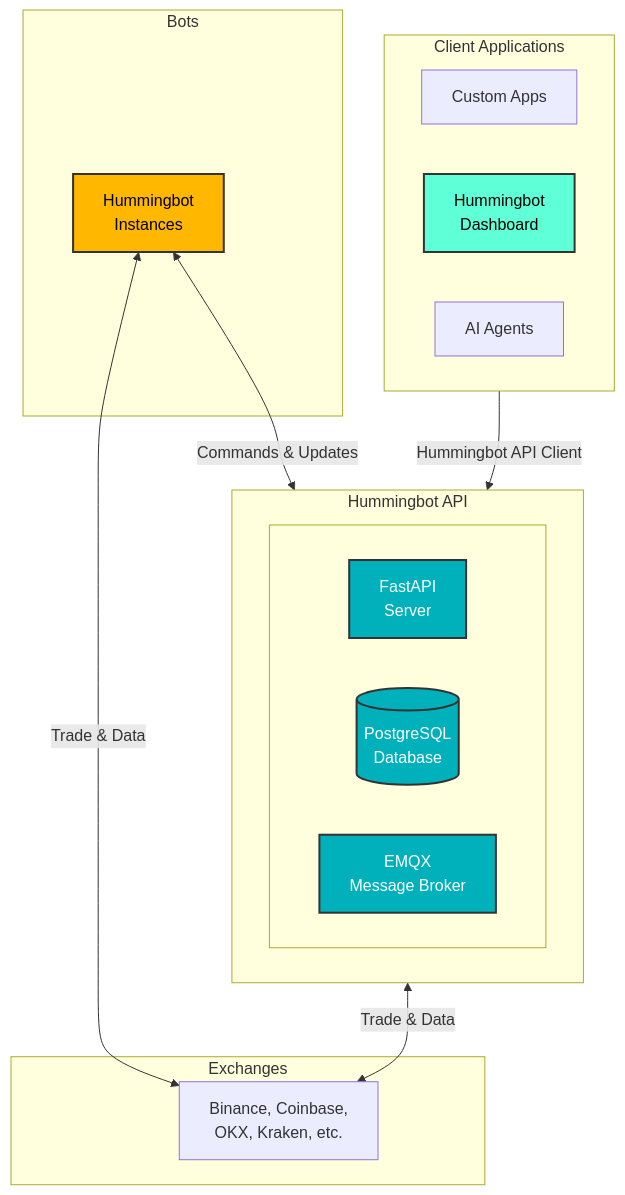
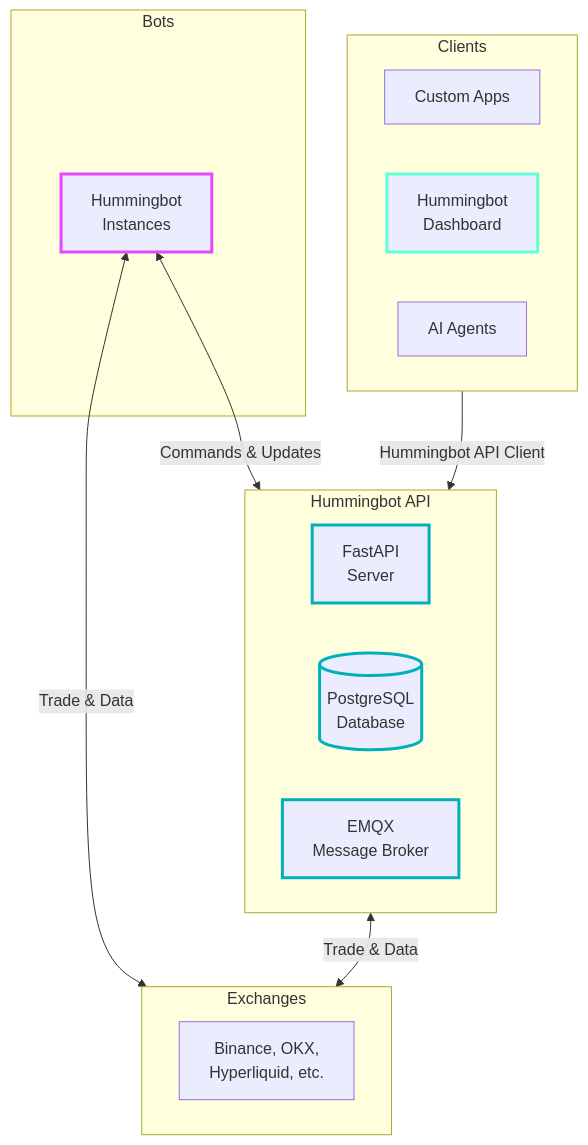
The diagram in docs/release-notes/2.7.0.md (hummingbot/hummingbot-site), drawn with Mermaid before and after one commit. The commit also changed 4 other files, not shown here.

````diff
--- a/docs/release-notes/2.7.0.md
+++ b/docs/release-notes/2.7.0.md
@@ -58,46 +58,44 @@
 ```mermaid
 graph TB
-    subgraph "Client Applications"
+    subgraph "Clients"
         direction LR
         CUSTOM[Custom Apps]
         DASH[Hummingbot<br/>Dashboard]
         AI[AI Agents]
     end
     
     subgraph "Hummingbot API"
         direction LR
-        subgraph " "
-            direction LR
-            API["FastAPI<br/>Server<br/>"]
-            PG[(PostgreSQL<br/>Database)]
-            MQTT[EMQX<br/>Message Broker]
-        end
+        API["FastAPI<br/>Server<br/>"]
+        PG[(PostgreSQL<br/>Database)]
+        MQTT[EMQX<br/>Message Broker]
     end
     
     subgraph "Bots"
         BOTS[Hummingbot<br/>Instances]
     end
     
     subgraph "Exchanges"
-        EX[Binance, Coinbase,<br/>OKX, Kraken, etc.]
+        direction LR
+        EX[Binance, OKX,<br/>Hyperliquid, etc.]
     end
     
     %% Client connections using API Client
     DASH -->|Hummingbot API Client| API
         
     %% Bot connections
     BOTS <-->|Commands & Updates| MQTT
     
     %% Exchange connections
     BOTS <-->|Trade & Data| EX
-    MQTT <-->|Trade & Data| EX
+    API <-->|Trade & Data| EX
     
     %% Apply theme colors
-    classDef clientStyle fill:#5FFFD7,stroke:#333,stroke-width:2px,color:#000
-    classDef apiStyle fill:#00B1BB,stroke:#333,stroke-width:2px,color:#fff
-    classDef botsStyle fill:#FFB700,stroke:#333,stroke-width:2px,color:#000
+    classDef clientStyle stroke:#5FFFD7,stroke-width:3px
+    classDef apiStyle stroke:#00B1BB,stroke-width:3px
+    classDef botsStyle stroke:#E549FF,stroke-width:3px
     
     class DASH clientStyle
     class API,PG,MQTT apiStyle
     class BOTS botsStyle
 ```
````
